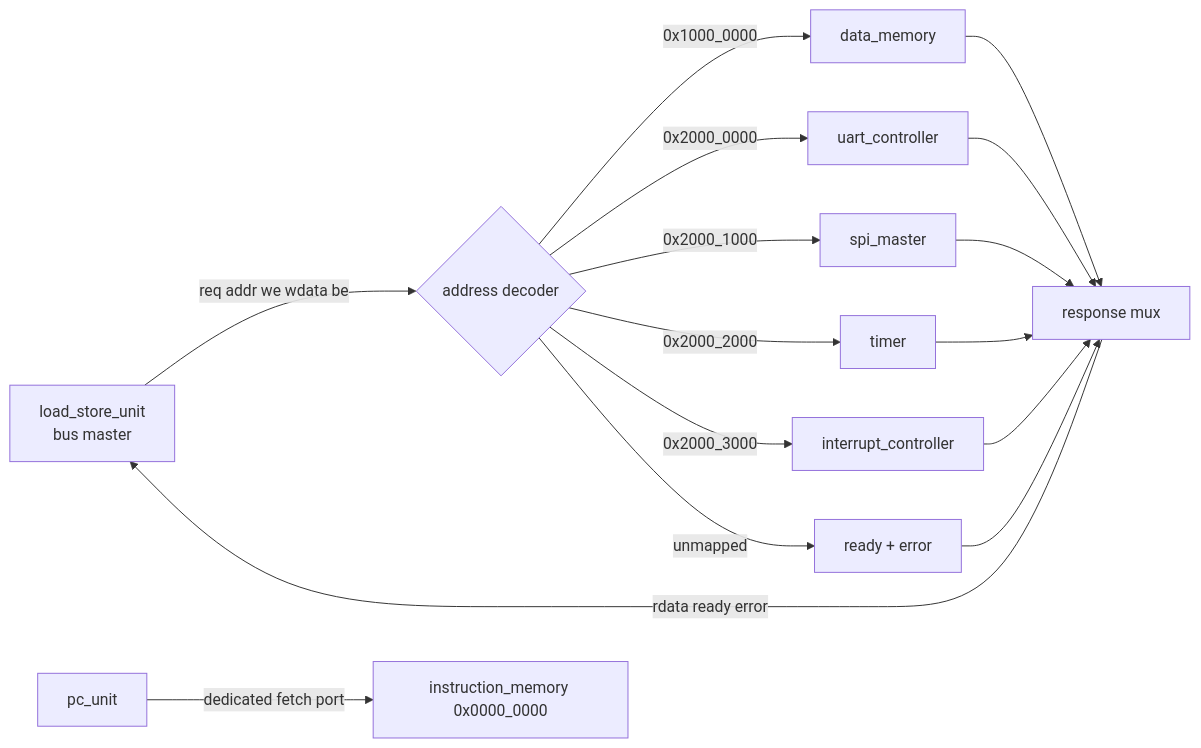
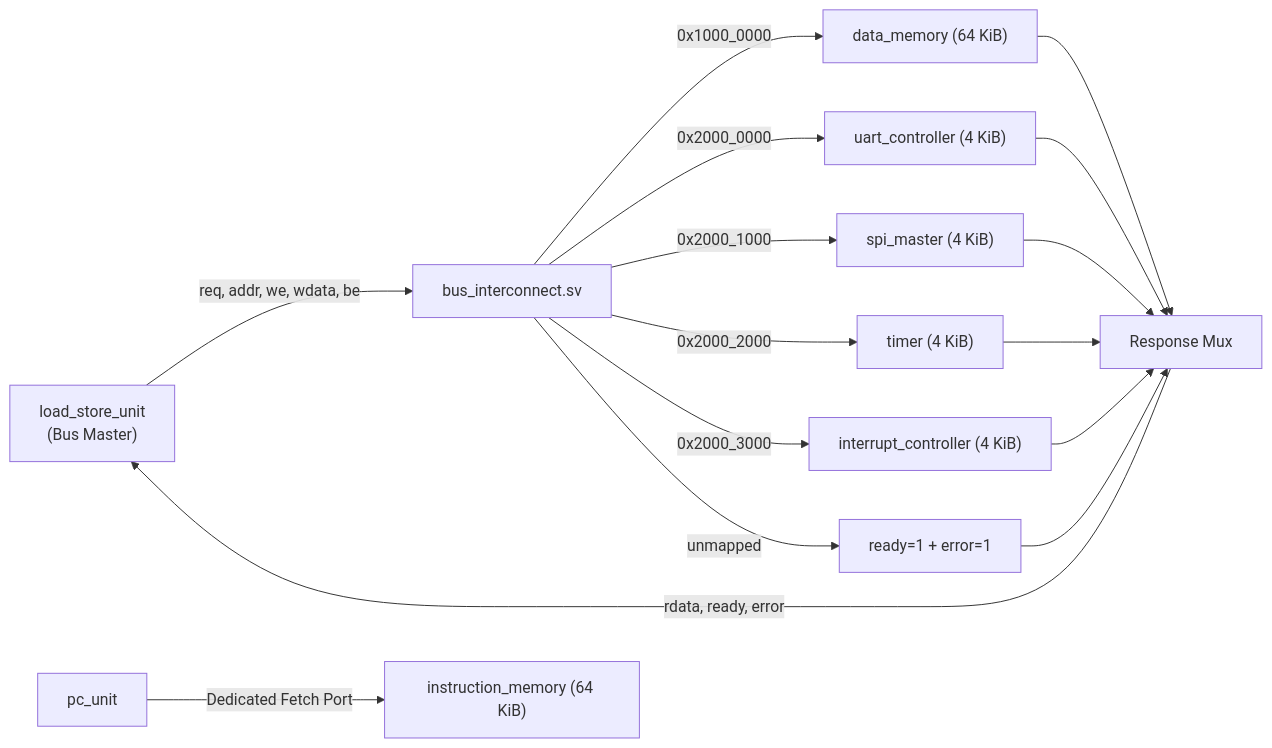
Before and after one commit to harshvardhan-31/RV32I-RISC-V-SoC-Design-and-Verification: the diagram in docs/memory_map.md, drawn with Mermaid. The commit also changed other lines of this file and 48 other files, not shown here.

First line of the commit message:
feat(phase4): Implement memory subsystem, bus interconnect, peripherals, and SoC top

````diff
--- a/docs/memory_map.md
+++ b/docs/memory_map.md
@@ -13,12 +13,12 @@
 ```mermaid
 flowchart LR
-  LSU[load_store_unit<br/>bus master] -- req addr we wdata be --> DEC{address decoder}
-  DEC -- 0x1000_0000 --> DMEM[data_memory]
-  DEC -- 0x2000_0000 --> UART[uart_controller]
-  DEC -- 0x2000_1000 --> SPI[spi_master]
-  DEC -- 0x2000_2000 --> TMR[timer]
-  DEC -- 0x2000_3000 --> IRQ[interrupt_controller]
-  DEC -- unmapped --> ERR[ready + error]
-  DMEM & UART & SPI & TMR & IRQ & ERR --> MUX[response mux] -- rdata ready error --> LSU
-  PC[pc_unit] -- dedicated fetch port --> IMEM[instruction_memory 0x0000_0000]
+  LSU["load_store_unit<br/>(Bus Master)"] -- "req, addr, we, wdata, be" --> DEC["bus_interconnect.sv"]
+  DEC -- 0x1000_0000 --> DMEM["data_memory (64 KiB)"]
+  DEC -- 0x2000_0000 --> UART["uart_controller (4 KiB)"]
+  DEC -- 0x2000_1000 --> SPI["spi_master (4 KiB)"]
+  DEC -- 0x2000_2000 --> TMR["timer (4 KiB)"]
+  DEC -- 0x2000_3000 --> IRQ["interrupt_controller (4 KiB)"]
+  DEC -- unmapped --> ERR["ready=1 + error=1"]
+  DMEM & UART & SPI & TMR & IRQ & ERR --> MUX["Response Mux"] -- "rdata, ready, error" --> LSU
+  PC["pc_unit"] -- Dedicated Fetch Port --> IMEM["instruction_memory (64 KiB)"]
 ```
````
